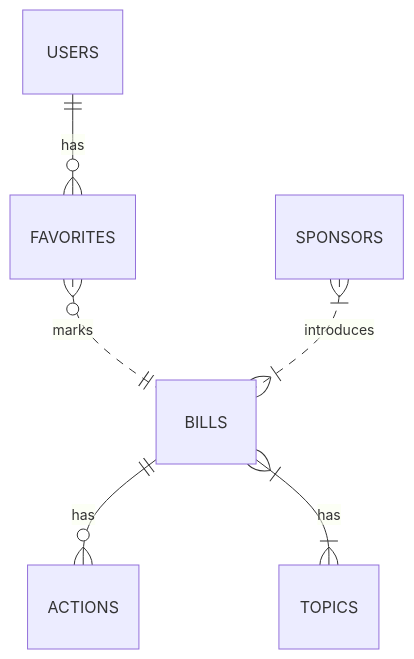
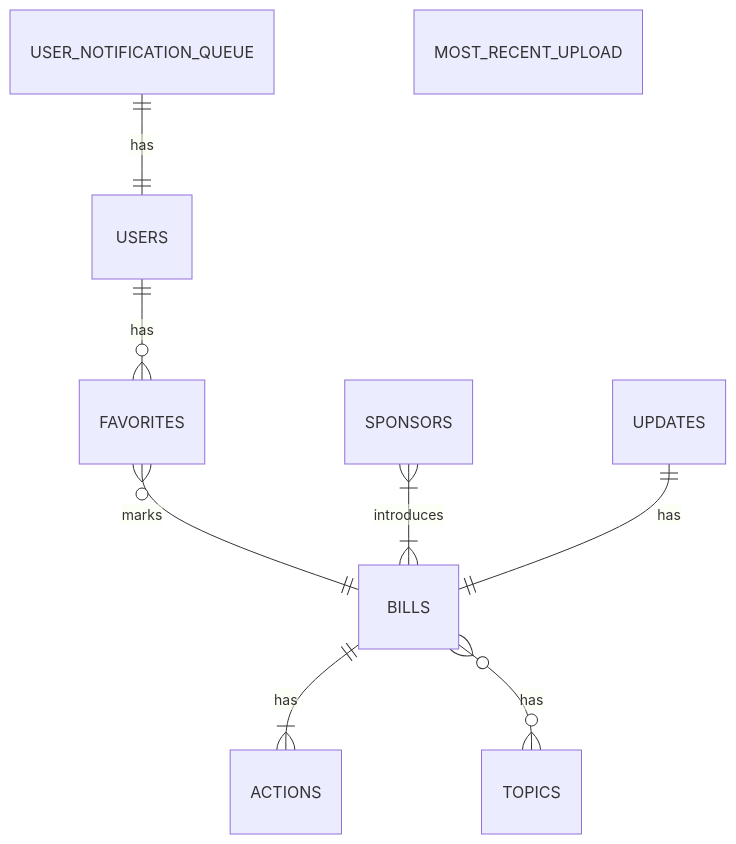
Before and after one commit to uchicago-capp-30320/BILLinois: the diagram in docs/05-models.md, drawn with Mermaid. The commit also changed other lines of this file and 1 other file, not shown here.

Commit message:
update er diagram

````diff
--- a/docs/05-models.md
+++ b/docs/05-models.md
@@ -3,8 +3,11 @@
 ```mermaid
 erDiagram
     USERS 1 to zero or more FAVORITES : has
-    FAVORITES zero or more optionally to 1 BILLS : marks
-    SPONSORS one or more optionally to one or more BILLS : introduces
-	BILLS 1 to zero or more ACTIONS : has
-	BILLS one or more to one or more TOPICS : has
+    FAVORITES zero or more to 1 BILLS : marks
+    SPONSORS one or more to one or more BILLS : introduces
+	BILLS 1 to one or more ACTIONS : has
+	BILLS zero or more to zero or more TOPICS : has
+	UPDATES 1 to 1 BILLS : has
+    USER_NOTIFICATION_QUEUE 1 to 1 USERS : has
+    MOST_RECENT_UPLOAD
 ```
````
